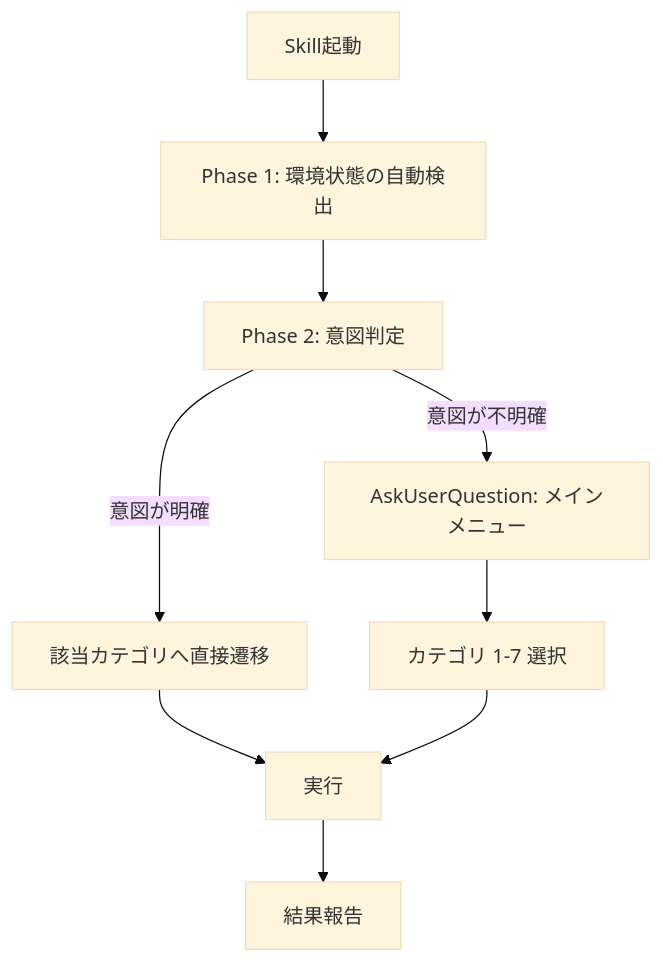
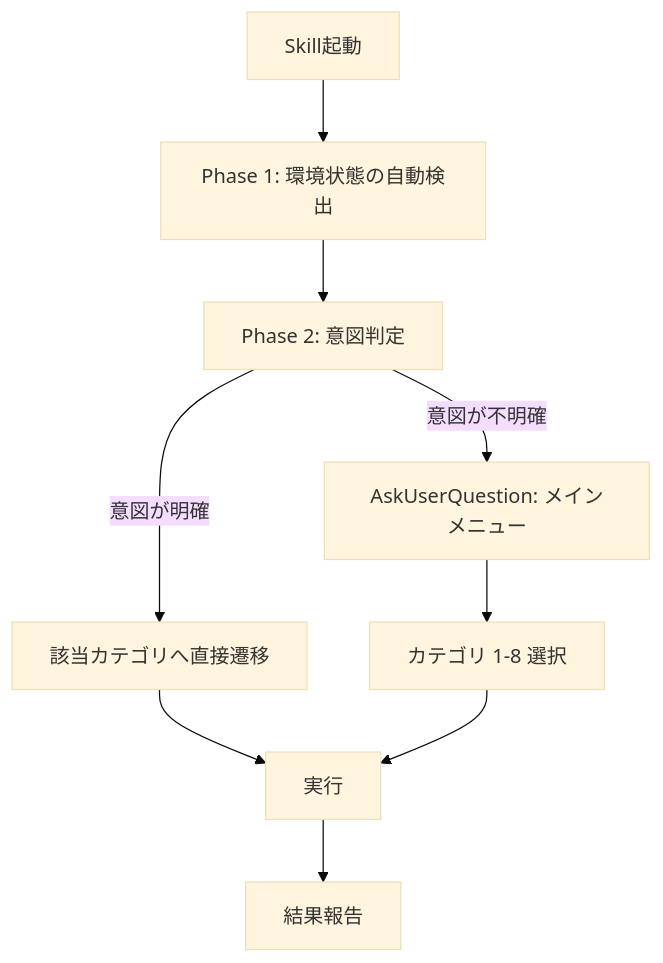
Before and after one commit to einja-inc/einja-management-template: the diagram in .claude/skills/einja-infra-maintenance/SKILL.md, drawn with Mermaid (base theme). The commit also changed other lines of this file and 10 other files, not shown here.

````diff
--- a/.claude/skills/einja-infra-maintenance/SKILL.md
+++ b/.claude/skills/einja-infra-maintenance/SKILL.md
@@ -34,11 +34,11 @@
 ```mermaid
 graph TB
     Start[Skill起動] --> Detect[Phase 1: 環境状態の自動検出]
     Detect --> Judge[Phase 2: 意図判定]
     Judge -->|意図が明確| Direct[該当カテゴリへ直接遷移]
     Judge -->|意図が不明確| Menu[AskUserQuestion: メインメニュー]
-    Menu --> Cat[カテゴリ 1-7 選択]
+    Menu --> Cat[カテゴリ 1-8 選択]
     Direct --> Exec[実行]
     Cat --> Exec
     Exec --> Result[結果報告]
 ```
````
